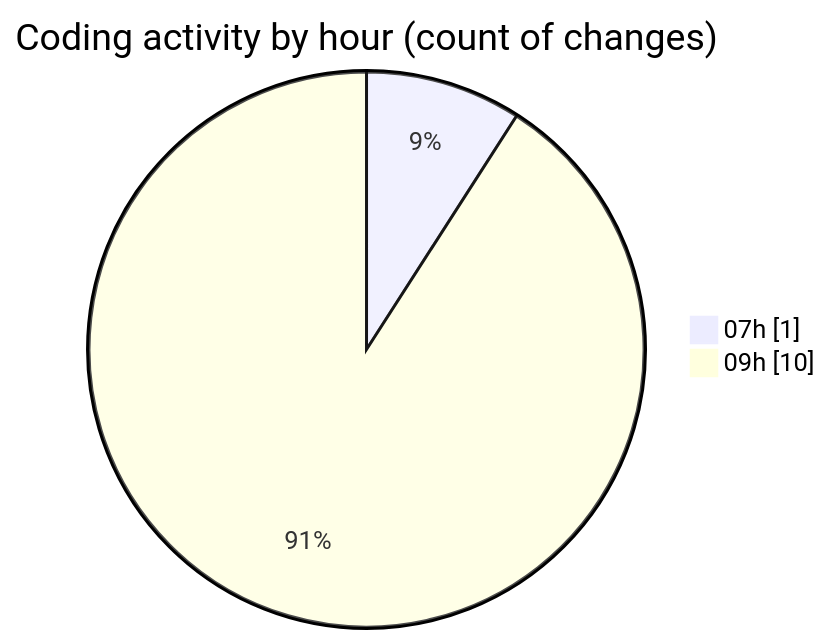
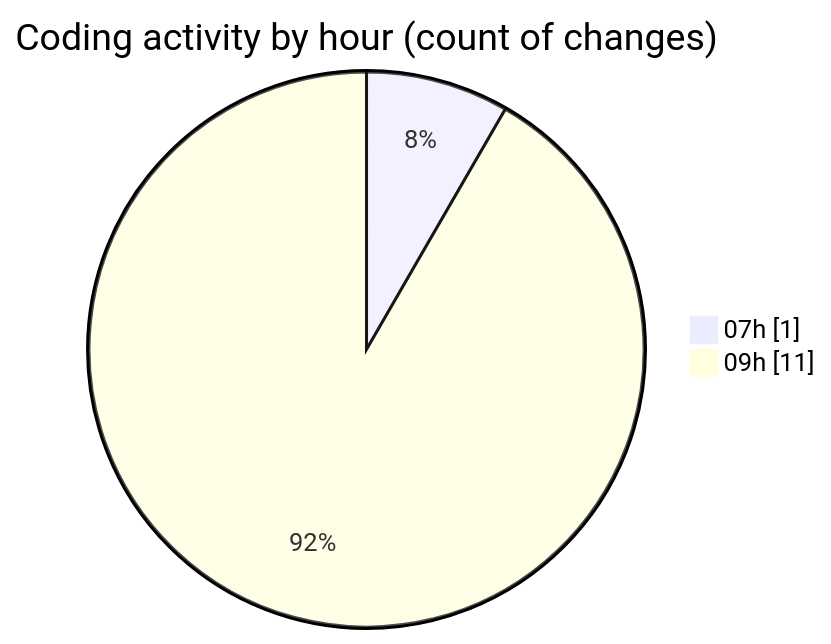
Before and after one commit to becaeroporto-bot/code-tracking: the second of 2 diagrams in 2026-02-17/id_ia/README.md, drawn with Mermaid. The commit also changed other lines of this file and 1 other file, not shown here.

````diff
--- a/2026-02-17/id_ia/README.md
+++ b/2026-02-17/id_ia/README.md
@@ -32,6 +33,6 @@
 ```mermaid
 pie showData
 title Coding activity by hour (count of changes)
 "07h" : 1
-"09h" : 10
+"09h" : 11
 ```
````
